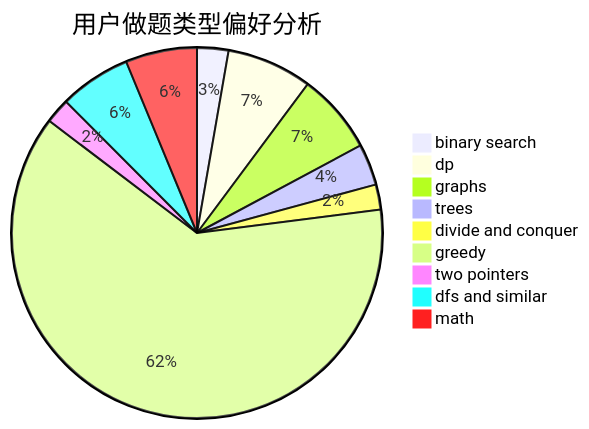
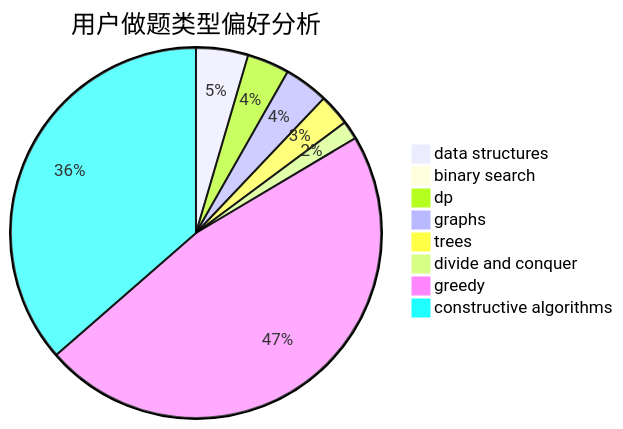
One commit to sherpahu/cfrs.github.io changed the second of 3 diagrams in docs/user/u952.md. Above: the diagram before and after it, drawn with Mermaid. The commit also changed other lines of this file and 2775 other files, not shown here.

````diff
--- a/docs/user/u952.md
+++ b/docs/user/u952.md
@@ -23,12 +23,11 @@
 ```mermaid
 pie title 用户做题类型偏好分析
-    "binary search" :  25
-    "dp" :  68
-    "graphs" :  64
-    "trees" :  33
-    "divide and conquer" :  20
-    "greedy" :  570
-    "two pointers" :  20
-    "dfs and similar" :  57
-    "math" :  57
+    "data structures" :  53
+    "binary search" :  4
+    "dp" :  43
+    "graphs" :  45
+    "trees" :  32
+    "divide and conquer" :  19
+    "greedy" :  550
+    "constructive algorithms" :  425
 ```
````
